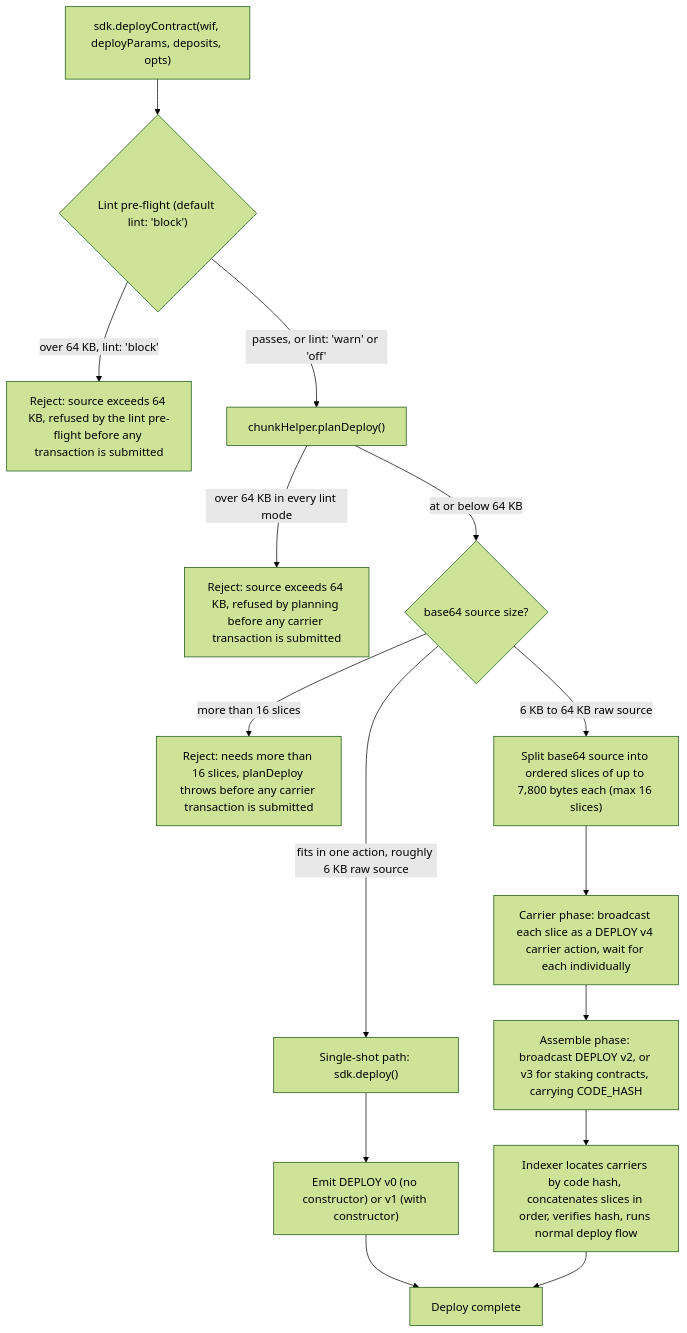
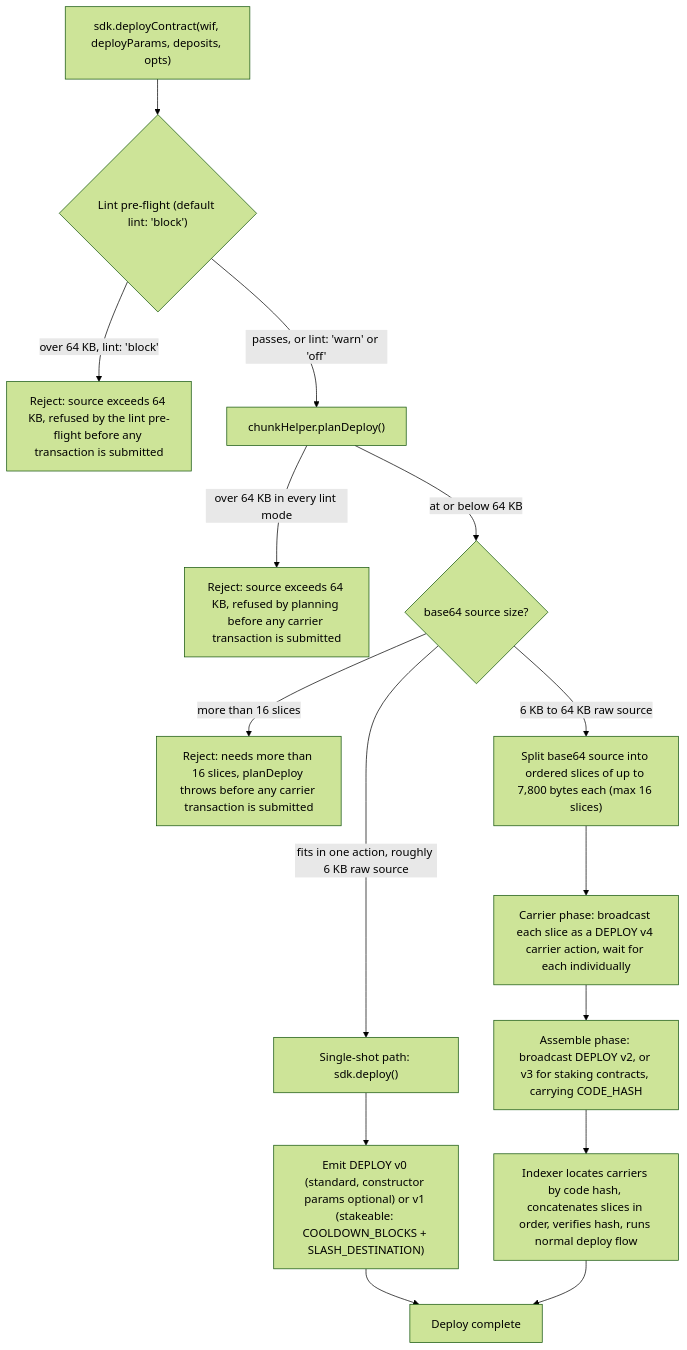
The diagram in components/sdk/contracts.md (XChain-Platform/xchain-documentation), drawn with Mermaid (forest theme) before and after one commit. The commit also changed other lines of this file and 120 other files, not shown here.

````diff
--- a/components/sdk/contracts.md
+++ b/components/sdk/contracts.md
@@ -84,32 +84,32 @@
 ```mermaid
 flowchart TD
     START["sdk.deployContract(wif, deployParams, deposits, opts)"]
     LINT{"Lint pre-flight (default lint: 'block')"}
     LINT_BIG["Reject: source exceeds 64 KB, refused by the lint pre-flight before any transaction is submitted"]
     PLAN["chunkHelper.planDeploy()"]
     PLAN_BIG["Reject: source exceeds 64 KB, refused by planning before any carrier transaction is submitted"]
     SIZE{"base64 source size?"}
     TOO_BIG["Reject: needs more than 16 slices, planDeploy throws before any carrier transaction is submitted"]
     SINGLE["Single-shot path: sdk.deploy()"]
-    SINGLE_EMIT["Emit DEPLOY v0 (no constructor) or v1 (with constructor)"]
+    SINGLE_EMIT["Emit DEPLOY v0 (standard, constructor params optional) or v1 (stakeable: COOLDOWN_BLOCKS + SLASH_DESTINATION)"]
     CHUNK_SPLIT["Split base64 source into ordered slices of up to 7,800 bytes each (max 16 slices)"]
     CARRIER["Carrier phase: broadcast each slice as a DEPLOY v4 carrier action, wait for each individually"]
     ASSEMBLE["Assemble phase: broadcast DEPLOY v2, or v3 for staking contracts, carrying CODE_HASH"]
     INDEXER["Indexer locates carriers by code hash, concatenates slices in order, verifies hash, runs normal deploy flow"]
     DONE["Deploy complete"]
 
     START --> LINT
     LINT -->|"over 64 KB, lint: 'block'"| LINT_BIG
     LINT -->|"passes, or lint: 'warn' or 'off'"| PLAN
     PLAN -->|"over 64 KB in every lint mode"| PLAN_BIG
     PLAN -->|"at or below 64 KB"| SIZE
     SIZE -->|"fits in one action, roughly 6 KB raw source"| SINGLE
     SINGLE --> SINGLE_EMIT
     SINGLE_EMIT --> DONE
     SIZE -->|"6 KB to 64 KB raw source"| CHUNK_SPLIT
     CHUNK_SPLIT --> CARRIER
     CARRIER --> ASSEMBLE
     ASSEMBLE --> INDEXER
     INDEXER --> DONE
     SIZE -->|"more than 16 slices"| TOO_BIG
 ```
````
